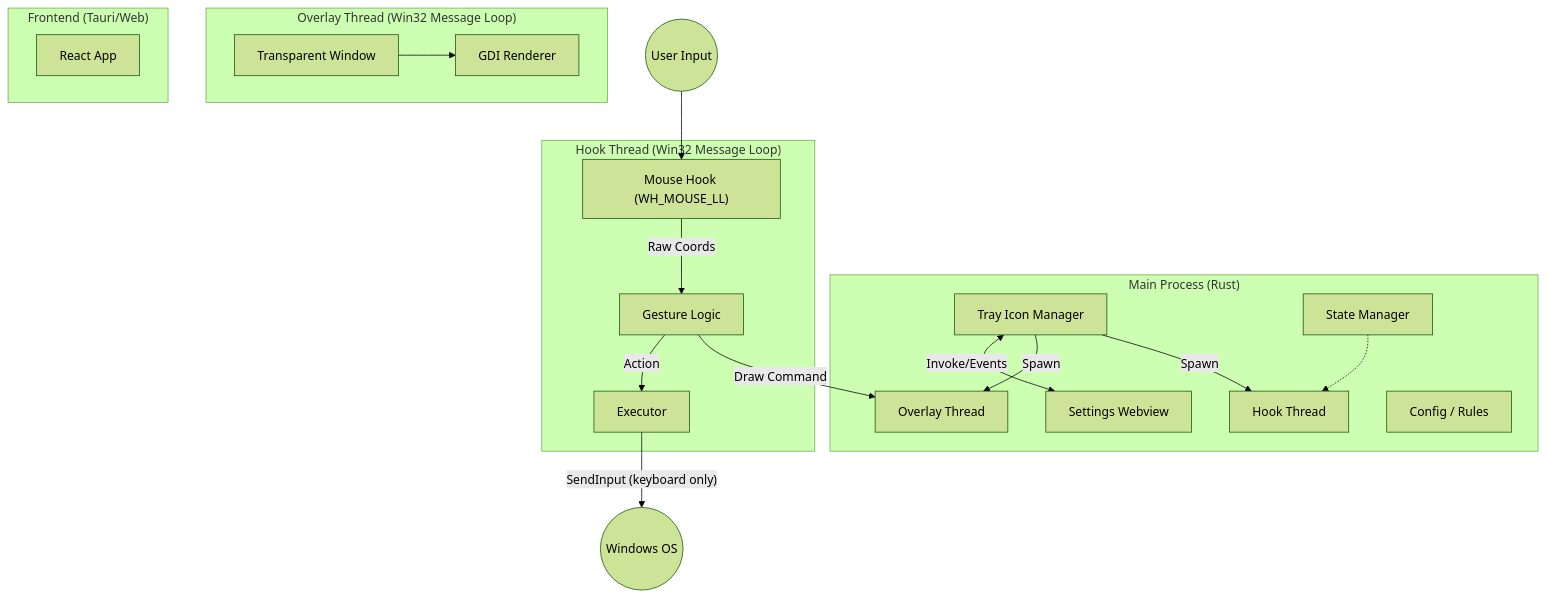
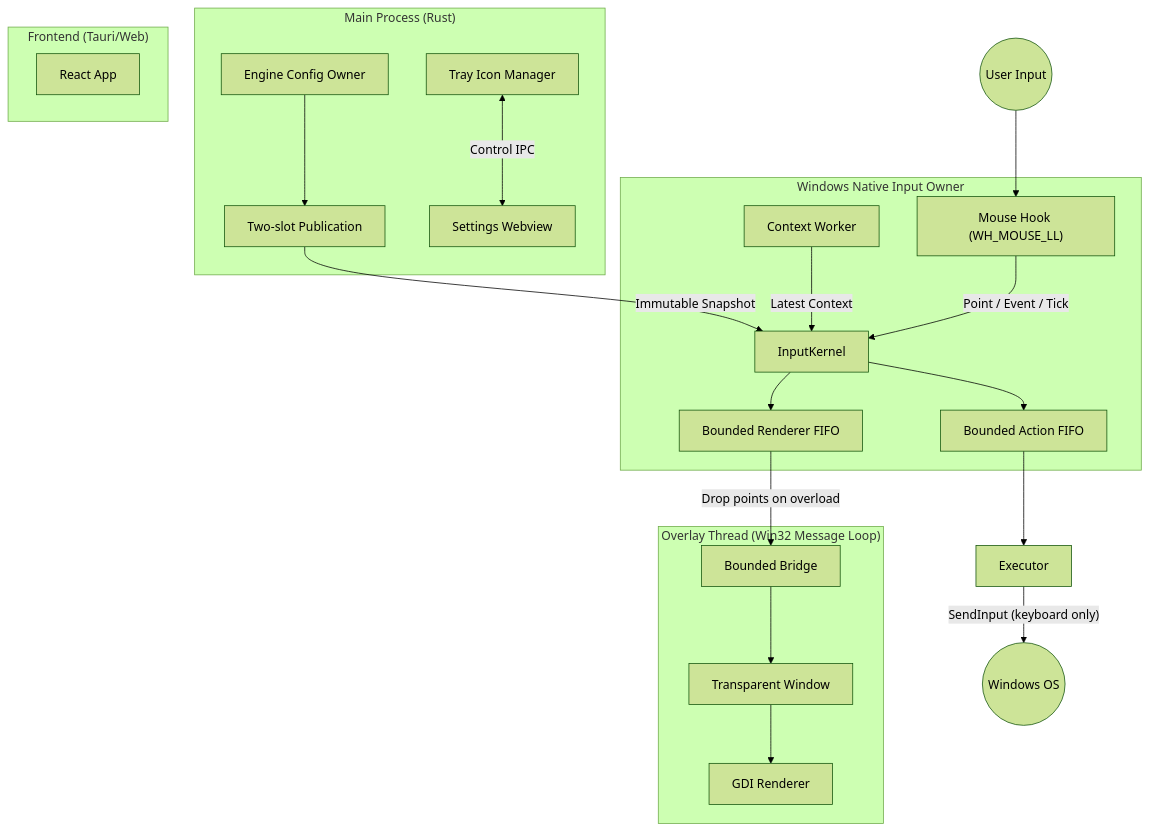
Before and after one commit to r4ai/zero-gesture: the diagram in docs/architecture.md, drawn with Mermaid (forest theme). The commit also changed other lines of this file and 18 other files, not shown here.

Commit message:
feat: wire Windows native input owner

````diff
--- a/docs/architecture.md
+++ b/docs/architecture.md
@@ -23,34 +23,36 @@
 ```mermaid
 graph TD
     subgraph "Main Process (Rust)"
-        T[Tray Icon Manager] -->|Spawn| H[Hook Thread]
-        T -->|Spawn| O[Overlay Thread]
-        T <-->|Invoke/Events| W[Settings Webview]
-
-        SM[State Manager]
-        note1[Config / Rules]
-        SM -.-> H
+        T[Tray Icon Manager]
+        C[Engine Config Owner] --> P[Two-slot Publication]
+        T <-->|Control IPC| W[Settings Webview]
     end
 
-    subgraph "Hook Thread (Win32 Message Loop)"
+    subgraph "Windows Native Input Owner"
         HM["Mouse Hook (WH_MOUSE_LL)"]
-        GL[Gesture Logic]
+        K[InputKernel]
+        X[Context Worker]
+        A[Bounded Action FIFO]
+        R[Bounded Renderer FIFO]
 
-        HM -->|Raw Coords| GL
-        GL -->|Draw Command| O
-        GL -->|Action| EX[Executor]
+        P -->|Immutable Snapshot| K
+        X -->|Latest Context| K
+        HM -->|Point / Event / Tick| K
+        K --> A
+        K --> R
     end
 
     subgraph "Overlay Thread (Win32 Message Loop)"
-        WIN[Transparent Window]
-
+        R -->|Drop points on overload| O[Bounded Bridge]
+        O --> WIN[Transparent Window]
         WIN --> GDI[GDI Renderer]
     end
 
     subgraph "Frontend (Tauri/Web)"
         UI[React App]
     end
 
     User((User Input)) --> HM
+    A --> EX[Executor]
     EX -->|"SendInput (keyboard only)"| OS((Windows OS))
 ```
````
